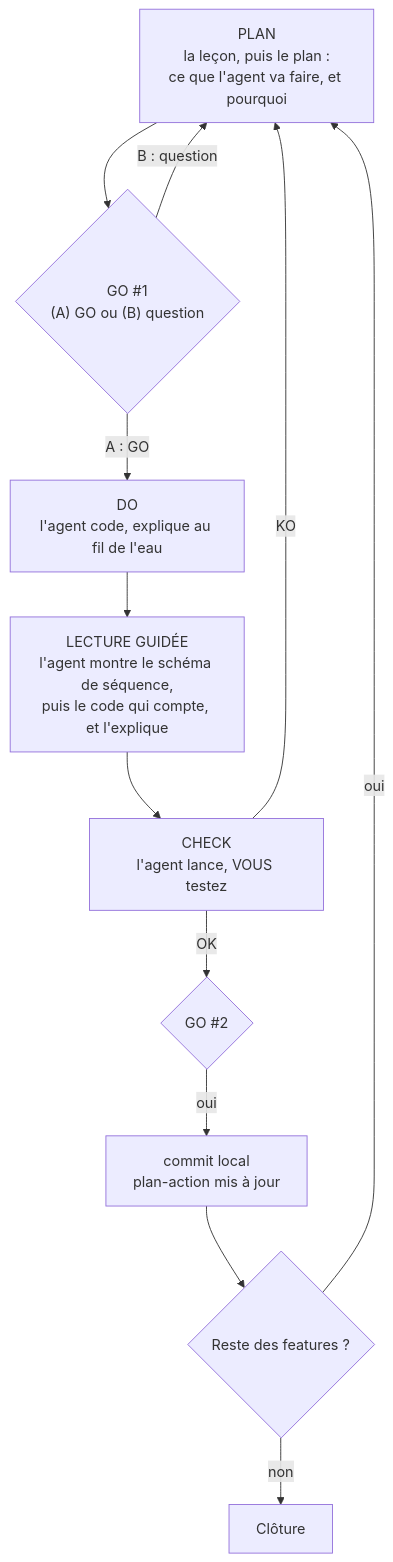
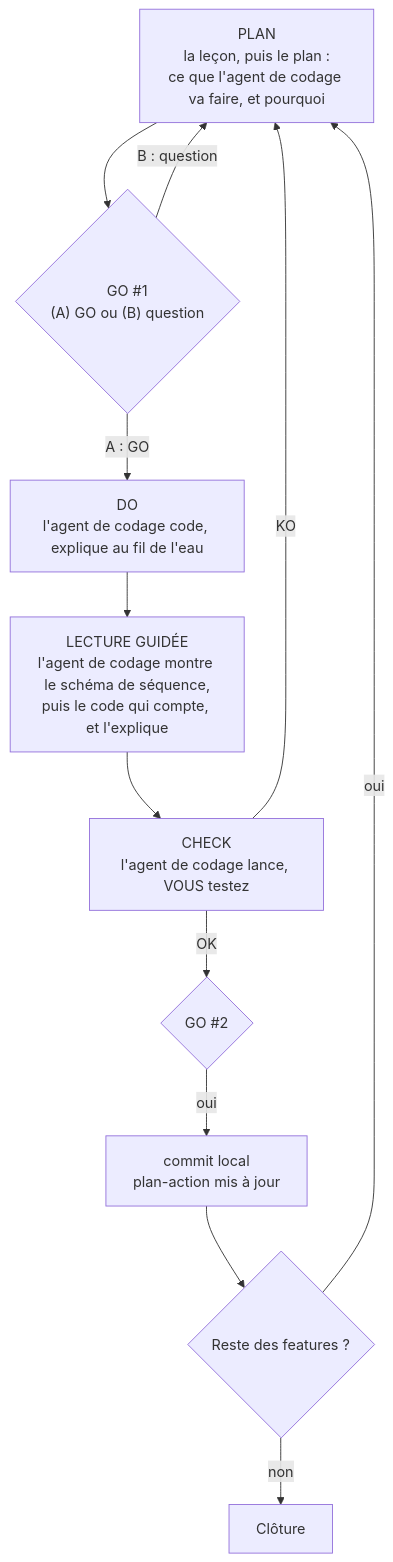
The ninth of 44 diagrams in tuto-goodvibe-vibecoding.md (lecinquiemejour-code/goodvibe-tuto), drawn with Mermaid before and after one commit. The commit also changed other lines of this file, not shown here.

Commit message:
docs(tuto): « agent IA » ou « agent de codage », jamais « agent » seul ; encadré « Deux agents, deux rôles » et entrée de glossaire

````diff
--- a/tuto-goodvibe-vibecoding.md
+++ b/tuto-goodvibe-vibecoding.md
@@ -552,14 +554,14 @@
 ```mermaid
 flowchart TD
-    P["PLAN<br/>la leçon, puis le plan :<br/>ce que l'agent va faire, et pourquoi"] --> G1{"GO #1<br/>(A) GO ou (B) question"}
+    P["PLAN<br/>la leçon, puis le plan :<br/>ce que l'agent de codage va faire, et pourquoi"] --> G1{"GO #1<br/>(A) GO ou (B) question"}
     G1 -- "B : question" --> P
-    G1 -- "A : GO" --> DO["DO<br/>l'agent code, explique au fil de l'eau"]
-    DO --> LG["LECTURE GUIDÉE<br/>l'agent montre le schéma de séquence,<br/>puis le code qui compte, et l'explique"]
-    LG --> CK["CHECK<br/>l'agent lance, VOUS testez"]
+    G1 -- "A : GO" --> DO["DO<br/>l'agent de codage code, explique au fil de l'eau"]
+    DO --> LG["LECTURE GUIDÉE<br/>l'agent de codage montre le schéma de séquence,<br/>puis le code qui compte, et l'explique"]
+    LG --> CK["CHECK<br/>l'agent de codage lance, VOUS testez"]
     CK -- "KO" --> P
     CK -- "OK" --> G2{"GO #2"}
     G2 -- "oui" --> CM["commit local<br/>plan-action mis à jour"]
     CM --> N{"Reste des features ?"}
     N -- "oui" --> P
     N -- "non" --> ML["Clôture"]
 ```
````
